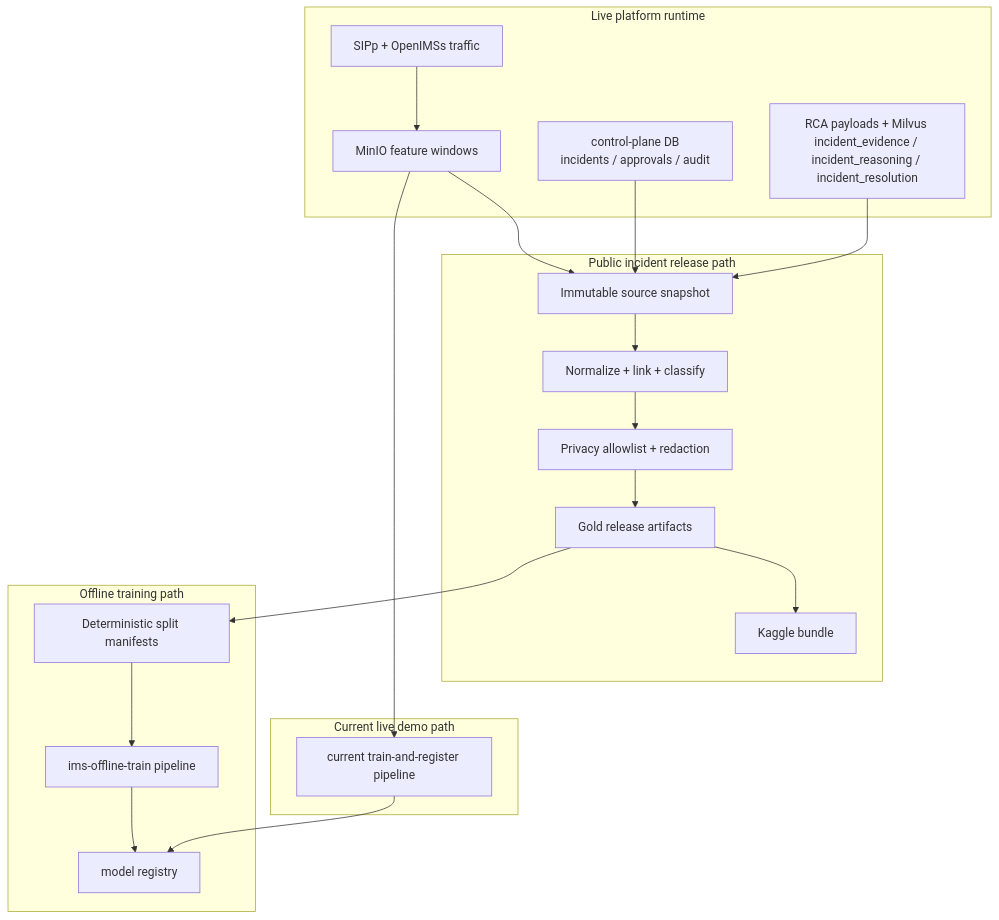
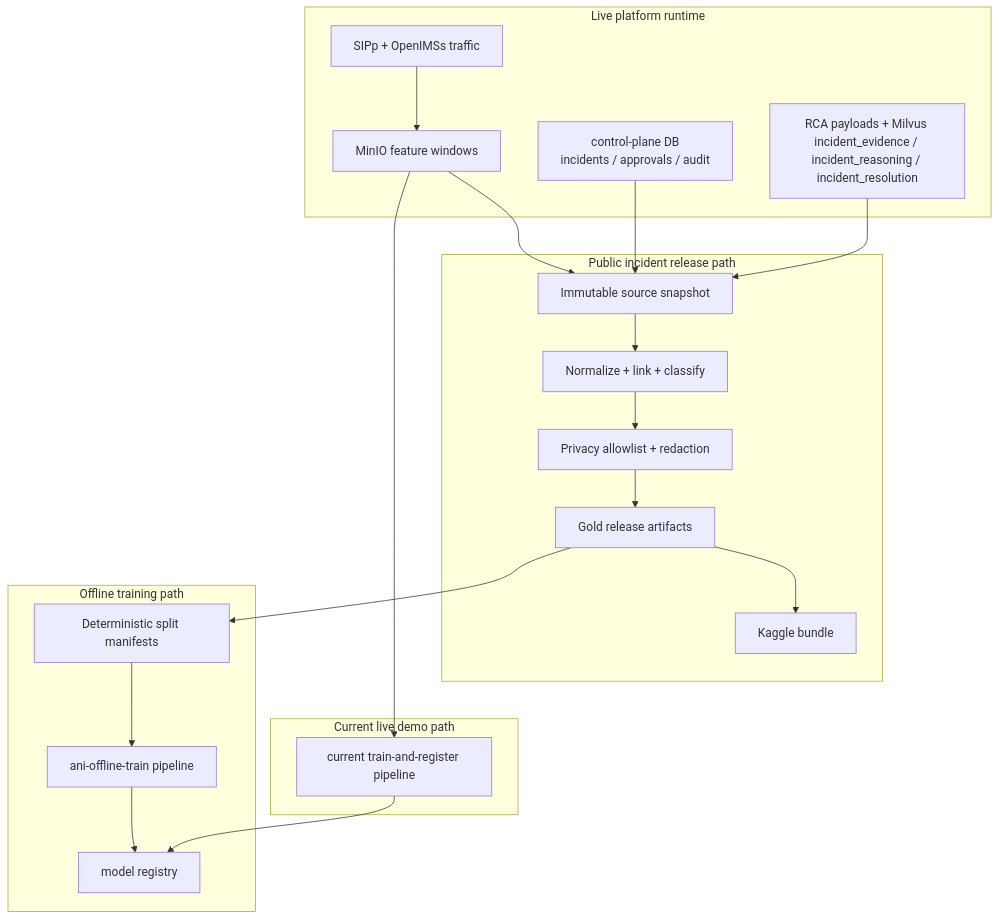
One commit to rh-telco-tigers/Autonomous-Network-Intelligence-Anomaly-Detection-with-Red-Hat-OpenShift-AI changed the first of 2 diagrams in docs/architecture/incident-release-corpus-and-offline-training.md. Above: the diagram before and after it, drawn with Mermaid. The commit also changed other lines of this file and 211 other files, not shown here.

First line of the commit message:
Rename platform prefixes from IMS to ANI.

````diff
--- a/docs/architecture/incident-release-corpus-and-offline-training.md
+++ b/docs/architecture/incident-release-corpus-and-offline-training.md
@@ -84,34 +84,34 @@
 ```mermaid
 flowchart TD
   subgraph Runtime["Live platform runtime"]
     SIPP["SIPp + OpenIMSs traffic"]
     MinIO["MinIO feature windows"]
     CPDB["control-plane DB<br/>incidents / approvals / audit"]
     RCA["RCA payloads + Milvus incident_evidence / incident_reasoning / incident_resolution"]
     SIPP --> MinIO
   end
 
   subgraph Release["Public incident release path"]
     Snapshot["Immutable source snapshot"]
     Normalize["Normalize + link + classify"]
     Privacy["Privacy allowlist + redaction"]
     Gold["Gold release artifacts"]
     Kaggle["Kaggle bundle"]
     MinIO --> Snapshot
     CPDB --> Snapshot
     RCA --> Snapshot
     Snapshot --> Normalize --> Privacy --> Gold --> Kaggle
   end
 
   subgraph Offline["Offline training path"]
     Splits["Deterministic split manifests"]
-    Train["ims-offline-train pipeline"]
+    Train["ani-offline-train pipeline"]
     Registry["model registry"]
     Gold --> Splits --> Train --> Registry
   end
 
   subgraph Demo["Current live demo path"]
     LiveTrain["current train-and-register pipeline"]
     MinIO --> LiveTrain --> Registry
   end
 ```
````
